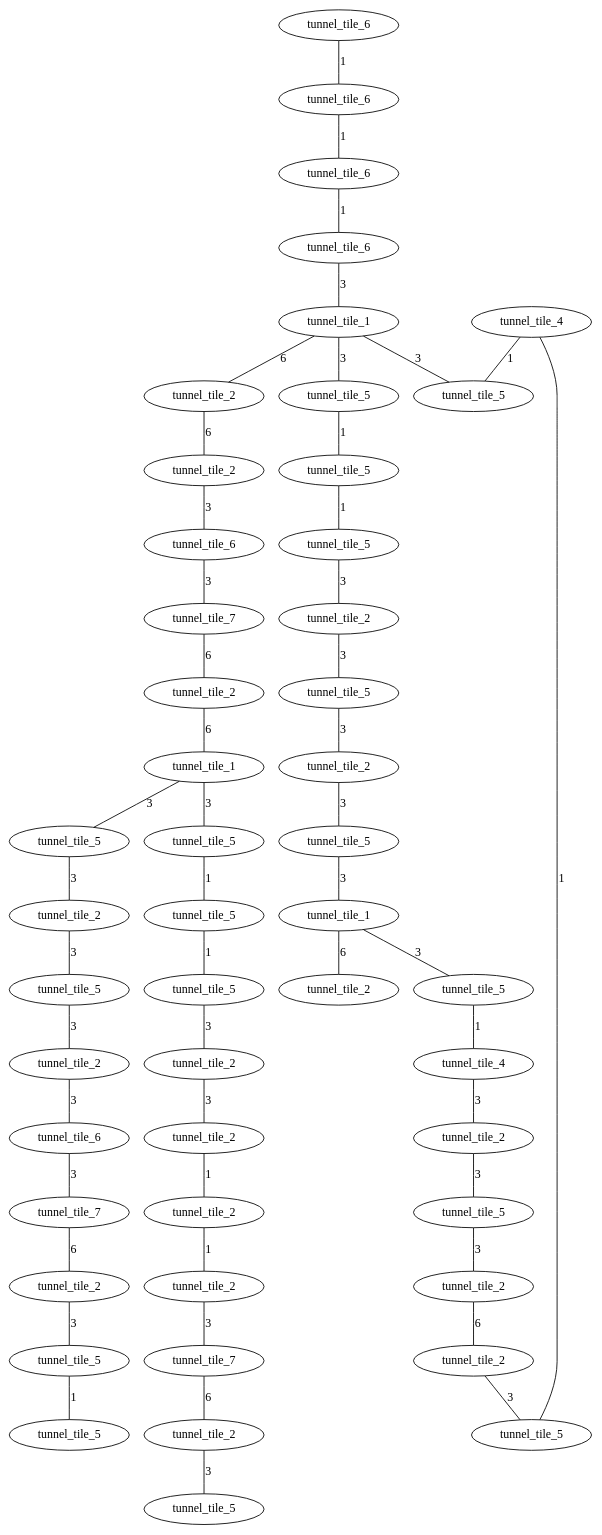
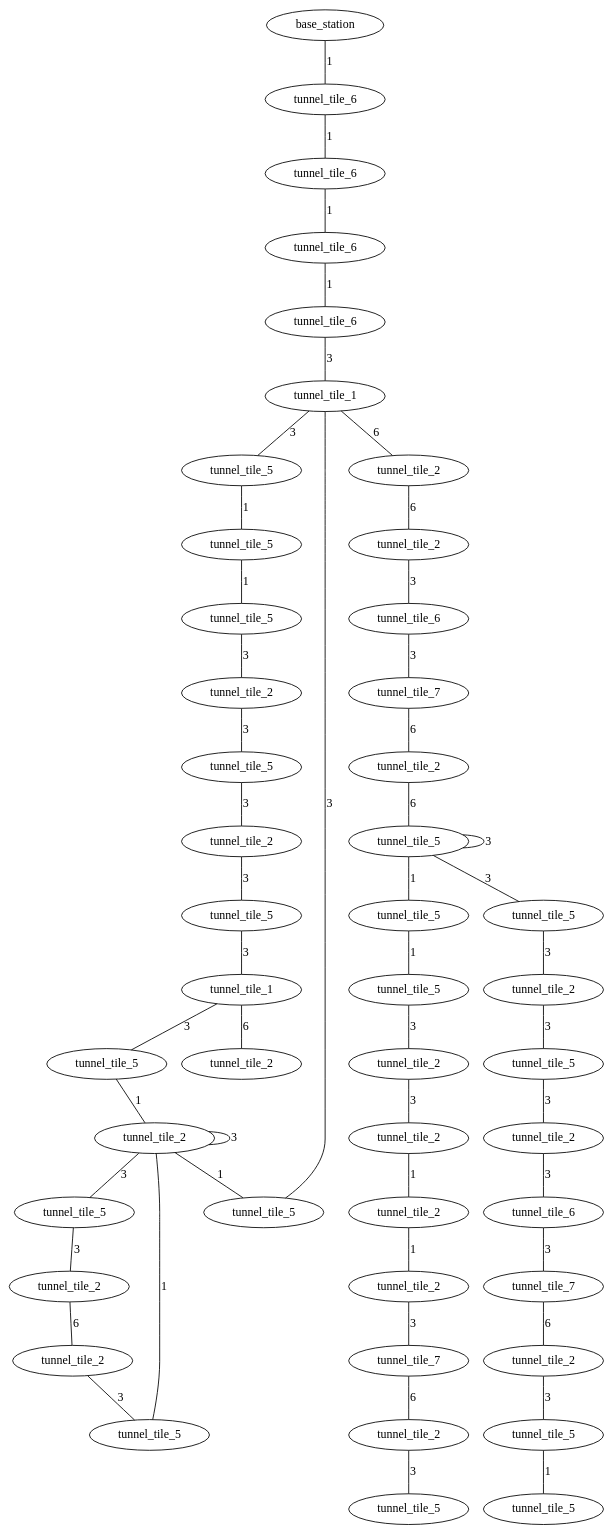
Before and after one commit to osrf/subt: the diagram in subt_gazebo/worlds/tunnel_practice_1.dot, drawn with Graphviz. The commit also changed 4 other files, not shown here.

```diff
--- a/subt_gazebo/worlds/tunnel_practice_1.dot
+++ b/subt_gazebo/worlds/tunnel_practice_1.dot
@@ -1,124 +1,181 @@
 
 /* Visibility graph for tunnel_practice_1.world */
 
 /* SubT tunnel parameters   */
-/* <ATTRIBUTE> min_x 0.0    */
+/* <ATTRIBUTE> min_x -20.0  */
 /* <ATTRIBUTE> max_x 300.0  */
 /* <ATTRIBUTE> step_x 20.0  */
-/* <ATTRIBUTE> min_y -100.0 */
-/* <ATTRIBUTE> max_y 100.0  */
+/* <ATTRIBUTE> min_y -120.0 */
+/* <ATTRIBUTE> max_y 120.0  */
 /* <ATTRIBUTE> step_y 20.0  */
 /* <ATTRIBUTE> min_z -40.0  */
 /* <ATTRIBUTE> max_z  0     */
-/* <ATTRIBUTE> step_z 5.0   */
+/* <ATTRIBUTE> step_z 2.5   */
 
 graph {
-  01  [label=tunnel_tile_6];
-  02  [label=tunnel_tile_6];
-  03  [label=tunnel_tile_6];
-  04  [label=tunnel_tile_6];
-  05  [label=tunnel_tile_1];
-  06  [label=tunnel_tile_5];
-  07  [label=tunnel_tile_5];
-  08  [label=tunnel_tile_5];
-  09  [label=tunnel_tile_2];
-  10  [label=tunnel_tile_5];
-  11  [label=tunnel_tile_2];
-  12  [label=tunnel_tile_5];
-  13  [label=tunnel_tile_1];
-  14  [label=tunnel_tile_5];
-  "15a" [label=tunnel_tile_4];
-  "15b" [label=tunnel_tile_4];
-  16  [label=tunnel_tile_2];
-  17  [label=tunnel_tile_5];
-  18  [label=tunnel_tile_2];
-  19  [label=tunnel_tile_2];
-  20  [label=tunnel_tile_5];
-  21  [label=tunnel_tile_5];
-  22  [label=tunnel_tile_2];
-  23  [label=tunnel_tile_2];
-  24  [label=tunnel_tile_2];
-  25  [label=tunnel_tile_6];
-  26  [label=tunnel_tile_7];
-  27  [label=tunnel_tile_2];
-  28  [label=tunnel_tile_1];
-  29  [label=tunnel_tile_5];
-  30  [label=tunnel_tile_5];
-  31  [label=tunnel_tile_5];
-  32  [label=tunnel_tile_2];
-  33  [label=tunnel_tile_2];
-  34  [label=tunnel_tile_2];
-  35  [label=tunnel_tile_2];
-  36  [label=tunnel_tile_7];
-  37  [label=tunnel_tile_2];
-  38  [label=tunnel_tile_5];
-  39  [label=tunnel_tile_5];
-  40  [label=tunnel_tile_2];
-  41  [label=tunnel_tile_5];
-  42  [label=tunnel_tile_2];
-  43  [label=tunnel_tile_6];
-  44  [label=tunnel_tile_7];
-  45  [label=tunnel_tile_2];
-  46  [label=tunnel_tile_5];
-  47  [label=tunnel_tile_5];
-  01  -- 02 [label=1];
-  02  -- 03 [label=1];
-  03  -- 04 [label=1];
-  04  -- 05 [label=3];
+  /* Vertices */
+
+  /* (20,0,-5) */
+  2786  [label=tunnel_tile_6];
+  /* (40,0,-10) */
+  2403  [label=tunnel_tile_6];
+  /* (60,0,-15) */
+  2020  [label=tunnel_tile_6];
+  /* (80,0,-20) */
+  1637  [label=tunnel_tile_6];
+  /* (100,0,-20) */
+  1638  [label=tunnel_tile_1];
+  /* (120,0,-20) */
+  1639  [label=tunnel_tile_5];
+  /* (140,0,-20) */
+  1640  [label=tunnel_tile_5];
+  /* (160,0,-20) */
+  1641  [label=tunnel_tile_5];
+  /* (180,0,-20) */
+  2642  [label=tunnel_tile_2];
+  /* (180,20,-20) */
+  1658  [label=tunnel_tile_5];
+  /* (180,40,-20) */
+  1674  [label=tunnel_tile_2];
+  /* (160,40,-20) */
+  1673  [label=tunnel_tile_5];
+  /* (140,40,-20) */
+  1672  [label=tunnel_tile_1];
+  /* (120,40,-20) */
+  1671  [label=tunnel_tile_5];
+
+  /* (100,40,-20) */
+  1670 [label=tunnel_tile_4];
+
+  /* (80,40,-20) */
+  1670  [label=tunnel_tile_2];
+  /* (80,60,-20) */
+  1685  [label=tunnel_tile_5];
+  /* (80,80,-20) */
+  1701  [label=tunnel_tile_2];
+  /* (100,80,-20) */
+  1702  [label=tunnel_tile_2];
+  /* (100,60,-20) */
+  1686  [label=tunnel_tile_5];
+  /* (100,20,-20) */
+  1654  [label=tunnel_tile_5];
+  /* (140,60,-20) */
+  1688  [label=tunnel_tile_2];
+  /* (100,-20,-20) */
+  1622  [label=tunnel_tile_2];
+  /* (120,-20,-20) */
+  1623  [label=tunnel_tile_2];
+  /* (120,-40,-25) */
+  1223  [label=tunnel_tile_6];
+  /* (120,-60,-30) */
+  823   [label=tunnel_tile_7];
+  /* (120,-80,-30) */
+  807   [label=tunnel_tile_2];
+  /* (140,-80,-30) */
+  808   [label=tunnel_tile_1];
+  /* (140,-60,-30) */
+  808   [label=tunnel_tile_5];
+  /* (140,-40,-30) */
+  840   [label=tunnel_tile_5];
+  /* (140,-20,-30) */
+  856   [label=tunnel_tile_5];
+  /* (140,0,-30) */
+  872   [label=tunnel_tile_2];
+  /* (160,0,-30) */
+  873   [label=tunnel_tile_2];
+  /* (180,0,-30) */
+  874   [label=tunnel_tile_2];
+  /* (200,0,-30) */
+  875   [label=tunnel_tile_2];
+  /* (220,0,-35) */
+  492   [label=tunnel_tile_7];
+  /* (240,0,-35) */
+  493   [label=tunnel_tile_2];
+  /* (240,20,-35) */
+  509   [label=tunnel_tile_5];
+  /* (160,-80,-30) */
+  809   [label=tunnel_tile_5];
+  /* (180,-80,-30) */
+  810   [label=tunnel_tile_2];
+  /* (180,-60,-30) */
+  826   [label=tunnel_tile_5];
+  /* (180,-40,-30) */
+  842   [label=tunnel_tile_2];
+  /* (200,-40,-35) */
+  459   [label=tunnel_tile_6];
+  /* (220,-40,-40) */
+  76    [label=tunnel_tile_7];
+  /* (240,-40,-40) */
+  77    [label=tunnel_tile_2];
+  /* (240,-60,-40) */
+  61    [label=tunnel_tile_5];
+  /* (240,-80,-40) */
+  45    [label=tunnel_tile_5];
+  /* (-8,0,0) */
+  3168  [label=base_station];
+
+  /* Edges */
+
+  /* Base station */
+  3168 -- 2786 [label=1]
+  2786 -- 2403 [label=1];
+  2403 -- 2020 [label=1];
+  2020 -- 1637 [label=1];
+  1637 -- 1638 [label=3];
   
   /* Intersection */
-  05  -- 06  [label=3];
-  05  -- 21  [label=3];
-  05  -- 23  [label=6];
+  1638 -- 1639 [label=3];
+  1638 -- 1654 [label=3];
+  1638 -- 1622 [label=6];
     
-  06  -- 07  [label=1];
-  07  -- 08  [label=1];
-  08  -- 09  [label=3];
-  09  -- 10  [label=3];
-  10  -- 11  [label=3];
-  11  -- 12  [label=3];
-  12  -- 13  [label=3];
+  1639 -- 1640 [label=1];
+  1640 -- 1641 [label=1];
+  1641 -- 2642 [label=3];
+  2642 -- 1658 [label=3];
+  1658 -- 1674 [label=3];
+  1674 -- 1673 [label=3];
+  1673 -- 1672 [label=3];
 
   /* Intersection */
-  13  -- 14  [label=3];
-  13  -- 22  [label=6];
-  14  -- "15a" [label=1];
+  1672 -- 1671  [label=3];
+  1672 -- 1688  [label=6];
+  1671 -- 1670 [label=1];
 
   /* Intersection */
-  "15a" -- 16  [label=3];
-  "15b" -- 20  [label=1];
-  "15b" -- 21  [label=1];
+  1670 -- 1670 [label=3];
+  1670 -- 1686 [label=1];
+  1670 -- 1654 [label=1];
  
-  16  -- 17  [label=3];
-  17  -- 18  [label=3];
-  18  -- 19  [label=6];
-  19  -- 20  [label=3];
-  23  -- 24  [label=6];
-  24  -- 25  [label=3];
-  25  -- 26  [label=3];
-  26  -- 27  [label=6];
-  27  -- 28  [label=6];
+  1670  -- 1685  [label=3];
+  1685  -- 1701  [label=3];
+  1701  -- 1702  [label=6];
+  1702  -- 1686  [label=3];
+  1622  -- 1623  [label=6];
+  1623  -- 1223  [label=3];
+  1223  -- 823   [label=3];
+  823   -- 807   [label=6];
+  807   -- 808   [label=6];
 
   /* Intersection */
-  28  -- 29  [label=3];
-  28  -- 39  [label=3];
+  808  -- 808  [label=3];
+  808  -- 809  [label=3];
  
-  29  -- 30  [label=1];
-  30  -- 31  [label=1];
-  31  -- 32  [label=3];
-  32  -- 33  [label=3];
-  33  -- 34  [label=1];
-  34  -- 35  [label=1];
-  35  -- 36  [label=3];
-  36  -- 37  [label=6];
-  37  -- 38  [label=3];
+  808  -- 840  [label=1];
+  840  -- 856  [label=1];
+  856  -- 872  [label=3];
+  872  -- 873  [label=3];
+  873  -- 874  [label=1];
+  874  -- 875  [label=1];
+  875  -- 492  [label=3];
+  492  -- 493  [label=6];
+  493  -- 509  [label=3];
  
-  39  -- 40  [label=3];
-  40  -- 41  [label=3];
-  41  -- 42  [label=3];
-  42  -- 43  [label=3];
-  43  -- 44  [label=3];
-  44  -- 45  [label=6];
-  45  -- 46  [label=3];
-  46  -- 47  [label=1];
+  809  -- 810  [label=3];
+  810  -- 826  [label=3];
+  826  -- 842  [label=3];
+  842  -- 459  [label=3];
+  459  -- 76   [label=3];
+  76   -- 77   [label=6];
+  77   -- 61   [label=3];
+  61   -- 45   [label=1];
 }
```
